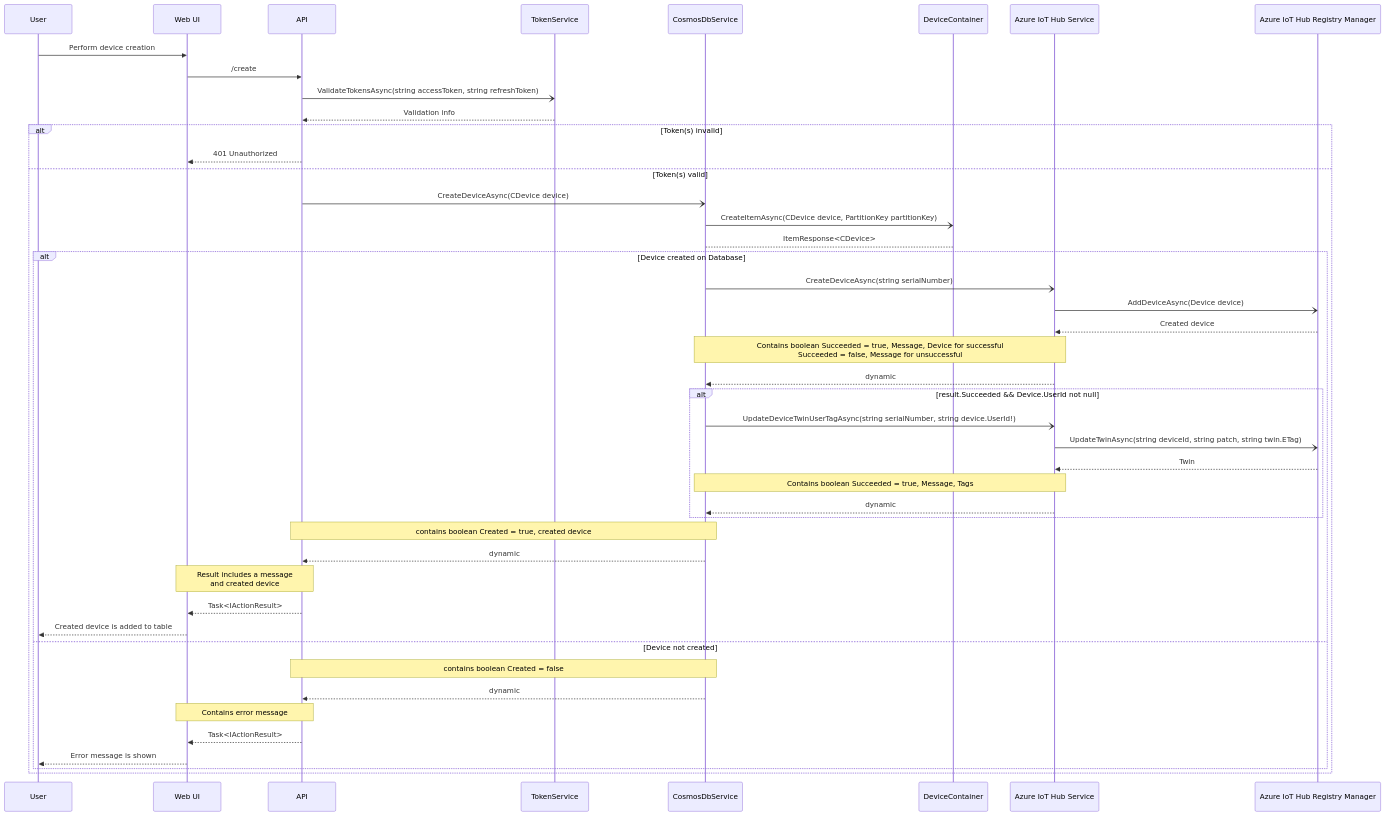
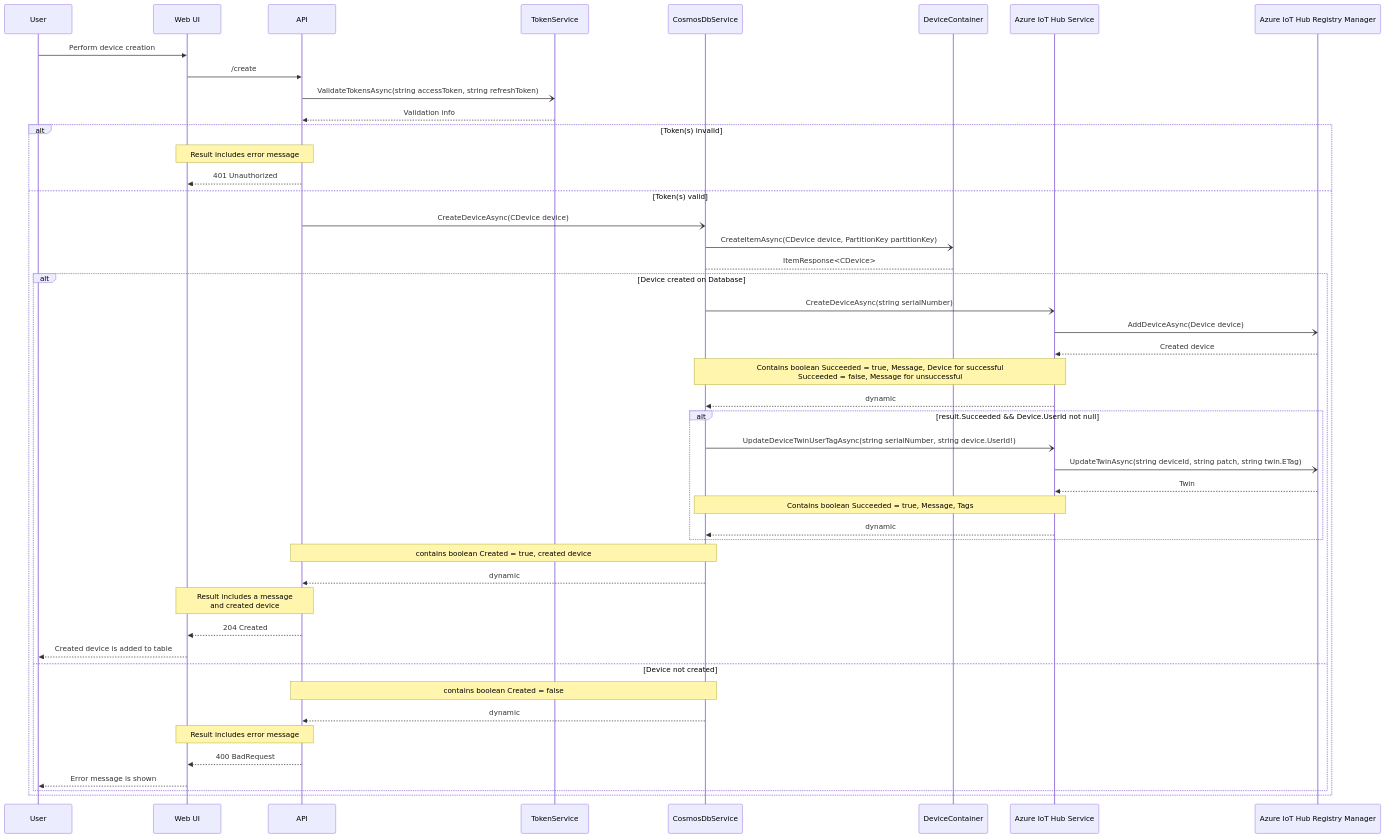
Before and after one commit to paavkar/IoTDeviceManager: the fourth of 6 diagrams in README.md, drawn with Mermaid.

Commit message:
update creation diagram with API returns

````diff
--- a/README.md
+++ b/README.md
@@ -249,48 +249,49 @@
 ```mermaid
 sequenceDiagram
 participant User
 participant WebUI as Web UI
 participant API
 participant TokenService
 participant CosmosDbService
 participant DeviceContainer
 participant AzureIoTService as Azure IoT Hub Service
 participant RegistryManager as Azure IoT Hub Registry Manager
 
 User->>WebUI: Perform device creation
 WebUI->>API: /create
 API-)TokenService: ValidateTokensAsync(string accessToken, string refreshToken)
 TokenService-->>API: Validation info
 alt Token(s) invalid
+    Note over API,WebUI: Result includes error message
     API-->>WebUI: 401 Unauthorized
 else Token(s) valid
     API-)CosmosDbService: CreateDeviceAsync(CDevice device)
     CosmosDbService-)DeviceContainer: CreateItemAsync(CDevice device, PartitionKey partitionKey)
     DeviceContainer-->CosmosDbService: ItemResponse<CDevice>
     alt Device created on Database
         CosmosDbService-)AzureIoTService: CreateDeviceAsync(string serialNumber)
         AzureIoTService-)RegistryManager: AddDeviceAsync(Device device)
         RegistryManager-->>AzureIoTService: Created device
         Note over AzureIoTService,CosmosDbService: Contains boolean Succeeded = true, Message, Device for successful<br/>Succeeded = false, Message for unsuccessful
         AzureIoTService-->>CosmosDbService: dynamic
         alt result.Succeeded && Device.UserId not null
             CosmosDbService-)AzureIoTService: UpdateDeviceTwinUserTagAsync(string serialNumber, string device.UserId!)
             AzureIoTService-)RegistryManager: UpdateTwinAsync(string deviceId, string patch, string twin.ETag)
             RegistryManager-->>AzureIoTService: Twin
             Note over AzureIoTService,CosmosDbService: Contains boolean Succeeded = true, Message, Tags
             AzureIoTService-->>CosmosDbService: dynamic
         end
         Note over CosmosDbService,API: contains boolean Created = true, created device
         CosmosDbService-->>API: dynamic
         Note over API,WebUI: Result includes a message<br/> and created device
-        API-->>WebUI: Task<IActionResult>
+        API-->>WebUI: 204 Created
         WebUI-->>User: Created device is added to table
     else Device not created
         Note over CosmosDbService,API: contains boolean Created = false
         CosmosDbService-->>API: dynamic
-        Note over API,WebUI: Contains error message
-        API-->>WebUI: Task<IActionResult>
+        Note over API,WebUI: Result includes error message
+        API-->>WebUI: 400 BadRequest
         WebUI-->>User: Error message is shown
     end
 end
 ```
````
